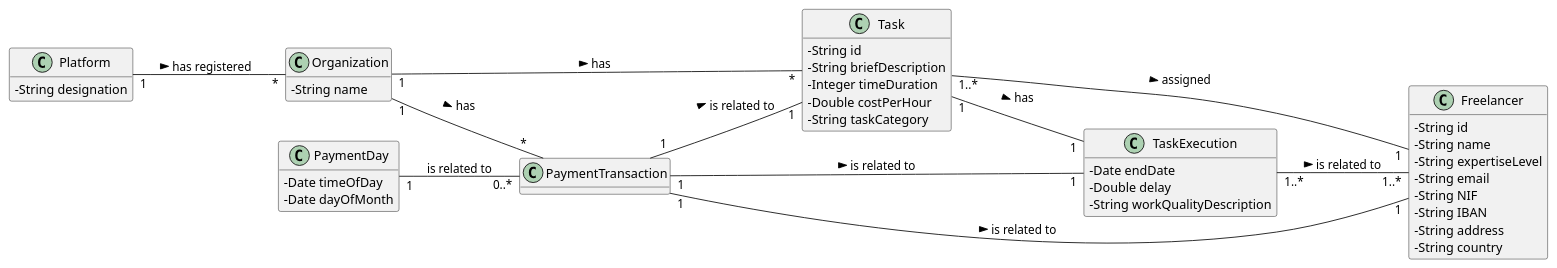
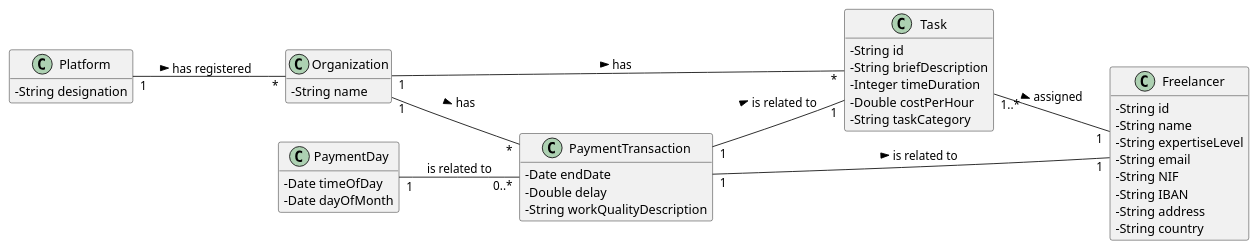
Before and after one commit to pedrolemos4/LAPR2: the diagram in docs/UC10 - Notify delayed freelancers (automatically)/UC10_MD.puml, drawn with PlantUML. The commit also changed 1 other file, not shown here.

```diff
--- a/docs/UC10 - Notify delayed freelancers (automatically)/UC10_MD.puml
+++ b/docs/UC10 - Notify delayed freelancers (automatically)/UC10_MD.puml
@@ -1,64 +1,57 @@
 @startuml
 skinparam classAttributeIconSize 0
 hide methods
 left to right direction
 
 class Platform {
   -String designation
 }
 
 class Organization {
   -String name
 }
 
 class Freelancer {
   -String id
   -String name
   -String expertiseLevel
   -String email
   -String NIF
   -String IBAN
   -String address
   -String country
   }
 
 class Task {
  -String id
  -String briefDescription
  -Integer timeDuration
  -Double costPerHour
  -String taskCategory
 }
 
-class TaskExecution {
+class PaymentTransaction{
  -Date endDate
  -Double delay
  -String workQualityDescription
-}
-
-class PaymentTransaction{
 }
 
 class PaymentDay {
   -Date timeOfDay
   -Date dayOfMonth
 }
 
 Platform "1" -- "*" Organization : has registered >
 
 Organization "1" -- "*" Task: has >
 Organization "1" -- "*" PaymentTransaction: has >
 
 PaymentTransaction "1" -- "1" Freelancer: is related to >
 PaymentTransaction "1" -- "1" Task: is related to >
-PaymentTransaction "1" -- "1" TaskExecution: is related to >
 
-TaskExecution "1..*" -- "1..*" Freelancer : is related to >
-
-Task "1" -- "1" TaskExecution: has >
 Task "1..*" -- "1" Freelancer: assigned >
 
 PaymentDay "1" -- "0..*" PaymentTransaction : is related to
 
 
 @enduml
```
